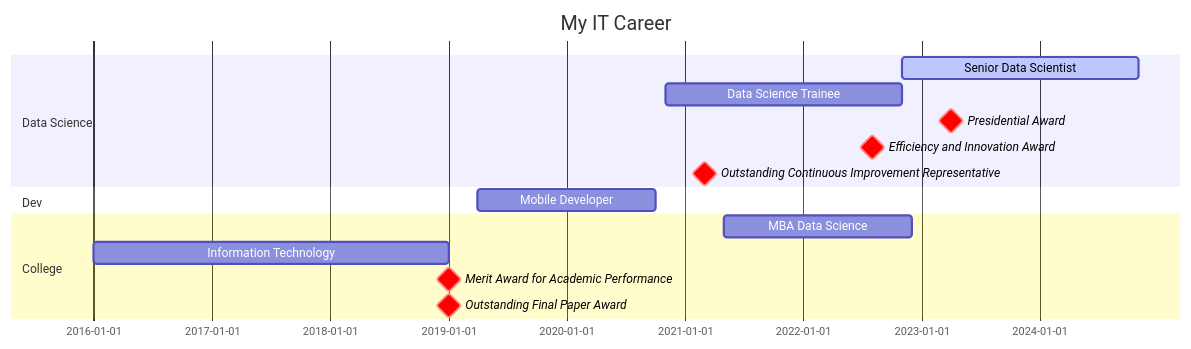
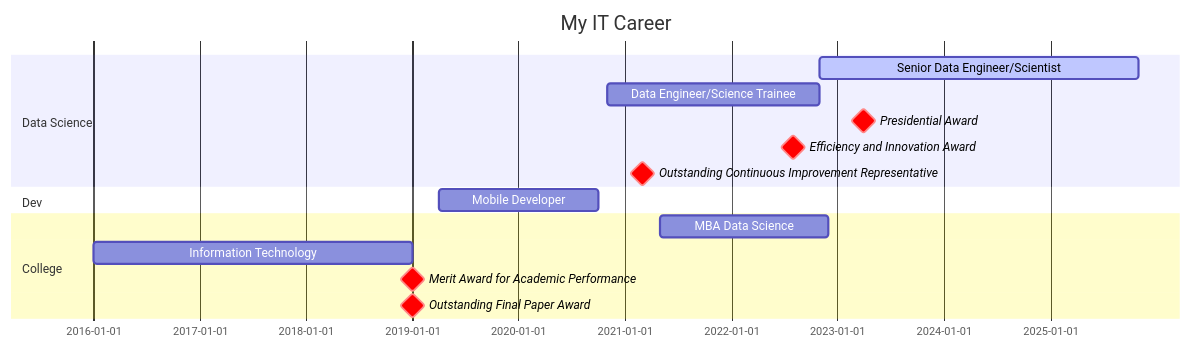
The diagram in README.md (josehenriqueroveda/josehenriqueroveda), drawn with Mermaid before and after one commit. The commit also changed other lines of this file, not shown here.

````diff
--- a/README.md
+++ b/README.md
@@ -42,21 +42,21 @@
 ```mermaid
 gantt
        dateFormat  MM-YYYY
        title My IT Career
 
        section Data Science
-       Senior Data Scientist               :active,  des1, after des2, 2y
-       Data Science Trainee    :  des2, 11-2020, 11-2022
+       Senior Data Engineer/Scientist   :active,  des1, after des2, 3y
+       Data Engineer/Science Trainee    :  des2, 11-2020, 11-2022
        Presidential Award   :milestone, crit, 04-2023, 1d
        Efficiency and Innovation Award   :milestone, crit, 08-2022, 1d
        Outstanding Continuous Improvement Representative   :milestone, crit, 03-2021, 1d
 
        section Dev
        Mobile Developer    :  des3, 04-2019, 10-2020
 
        section College
        MBA Data Science   : des5, 05-2021, 12-2022
        Information Technology : des6, 01-2016, 01-2019
        Merit Award for Academic Performance   :milestone, crit, 01-2019, 1d
        Outstanding Final Paper Award   :milestone, crit, 01-2019, 1d
 ```
````
